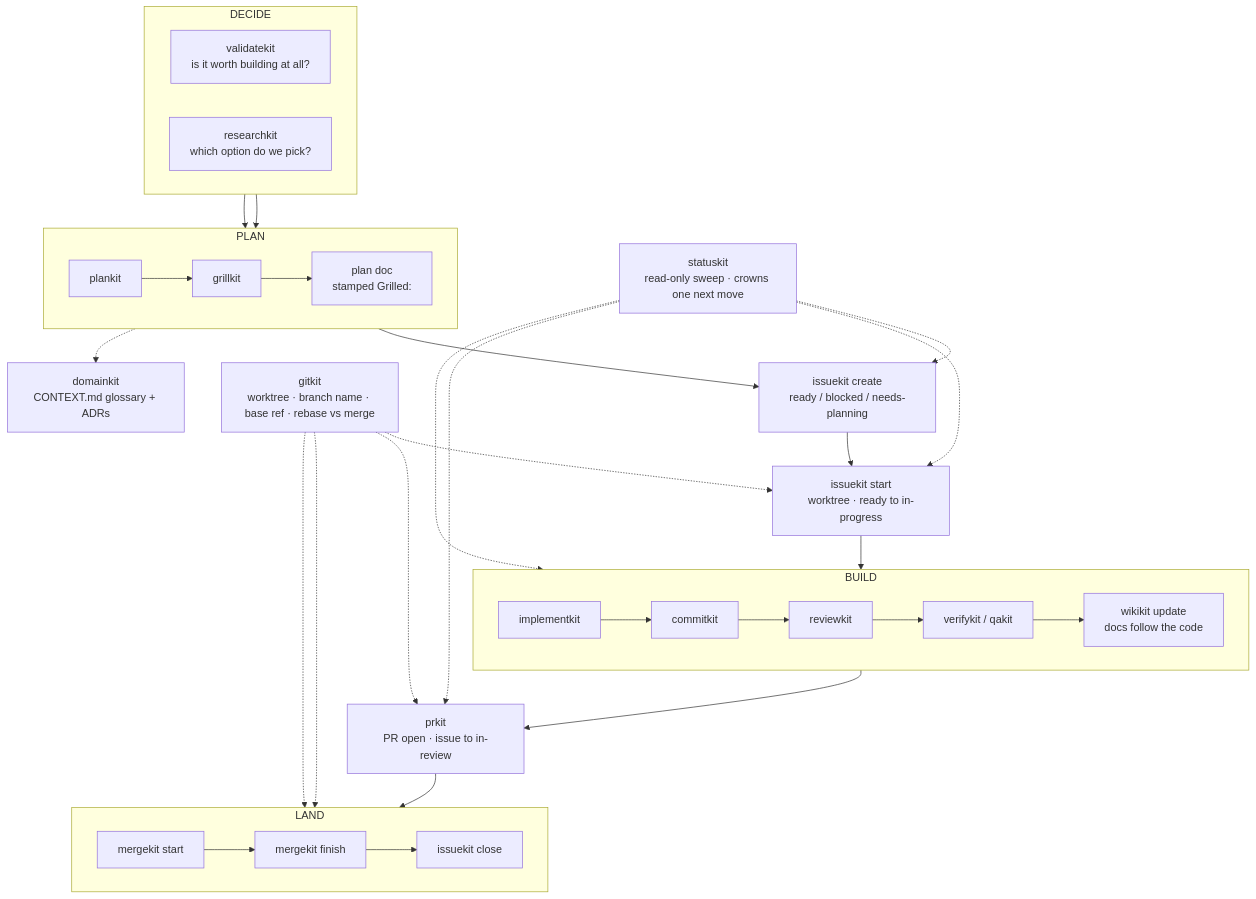
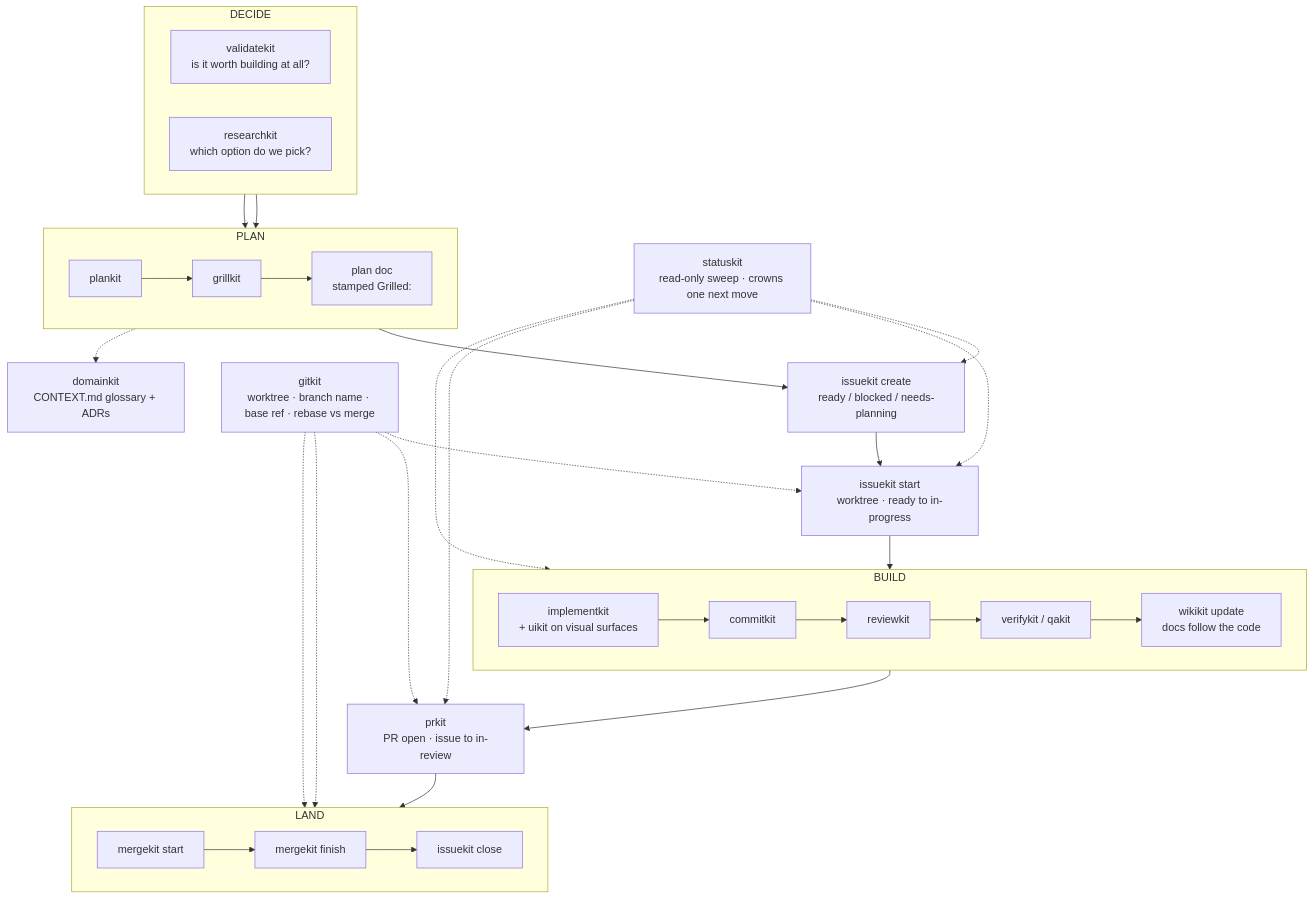
Before and after one commit to mimukit/skills: the diagram in WORKFLOW.md, drawn with Mermaid. The commit also changed other lines of this file and 5 other files, not shown here.

````diff
--- a/WORKFLOW.md
+++ b/WORKFLOW.md
@@ -34,50 +35,50 @@
 ```mermaid
 flowchart TD
     ST["statuskit<br>read-only sweep · crowns one next move"]
 
     subgraph decide["DECIDE"]
         direction LR
         V["validatekit<br>is it worth building at all?"]
         R["researchkit<br>which option do we pick?"]
     end
 
     subgraph plan["PLAN"]
         direction LR
         P["plankit"] --> G["grillkit"] --> PD["plan doc<br>stamped Grilled:"]
     end
 
     F["issuekit create<br>ready / blocked / needs-planning"]
     S["issuekit start<br>worktree · ready to in-progress"]
 
     subgraph build["BUILD"]
         direction LR
-        I["implementkit"] --> C["commitkit"] --> RV["reviewkit"] --> Q["verifykit / qakit"] --> W["wikikit update<br>docs follow the code"]
+        I["implementkit<br>+ uikit on visual surfaces"] --> C["commitkit"] --> RV["reviewkit"] --> Q["verifykit / qakit"] --> W["wikikit update<br>docs follow the code"]
     end
 
     SH["prkit<br>PR open · issue to in-review"]
 
     subgraph land["LAND"]
         direction LR
         M1["mergekit start"] --> M2["mergekit finish"] --> M3["issuekit close"]
     end
 
     GK["gitkit<br>worktree · branch name · base ref · rebase vs merge"]
     DK["domainkit<br>CONTEXT.md glossary + ADRs"]
 
     V --> P
     R --> P
     PD --> F --> S --> I
     W --> SH --> M1
 
     ST -.-> F
     ST -.-> S
     ST -.-> I
     ST -.-> SH
 
     GK -.-> S
     GK -.-> SH
     GK -.-> M1
     GK -.-> M3
 
     G -.-> DK
 ```
````
